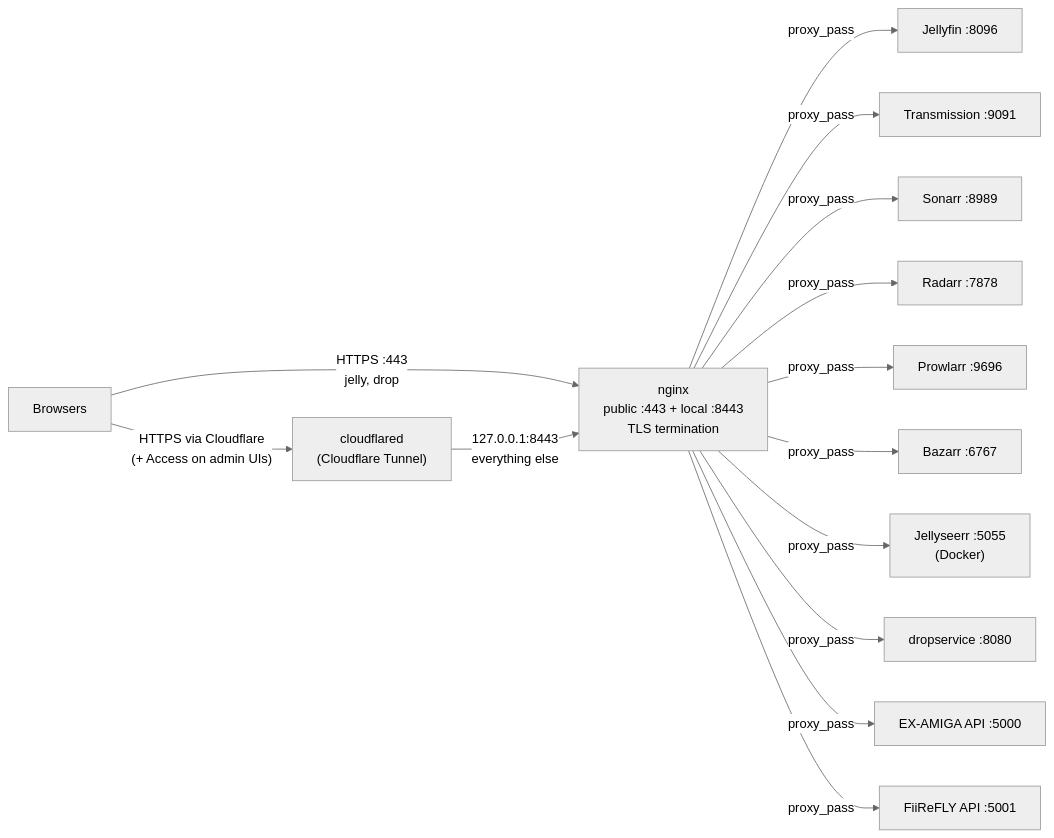
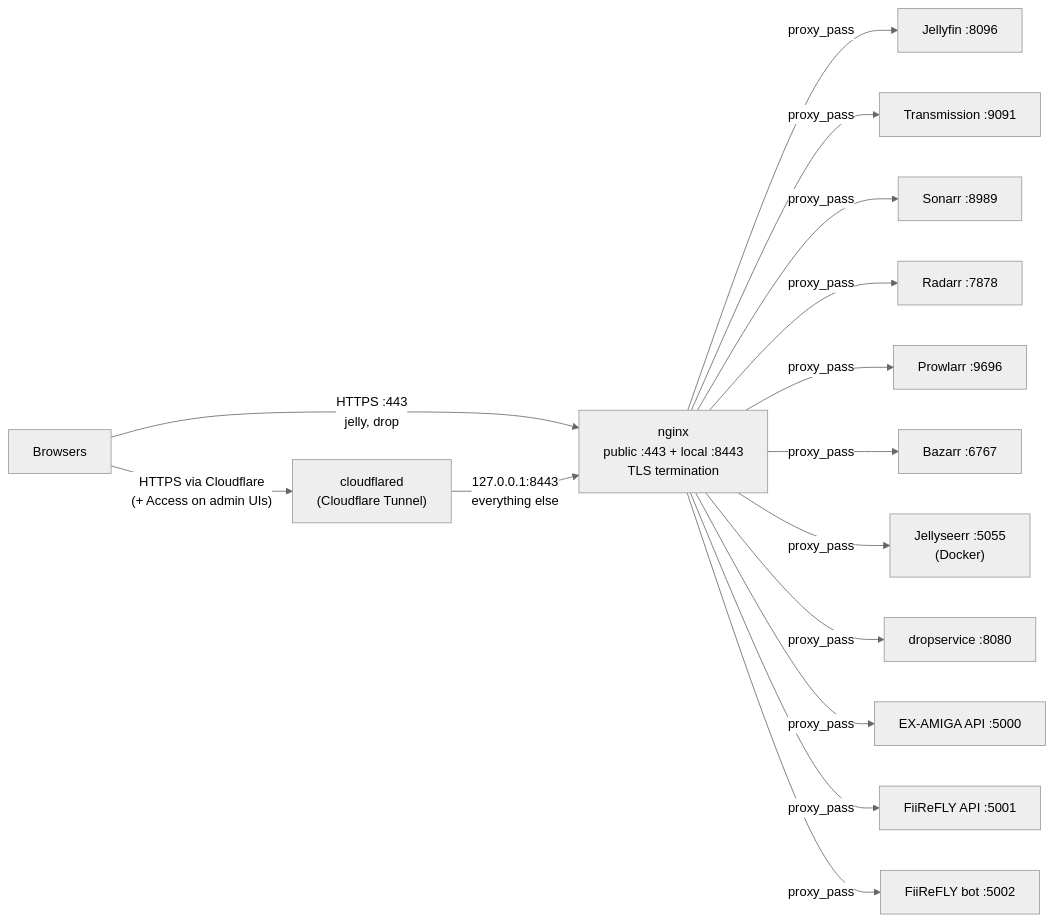
One commit to sillyash/homelab changed the diagram in services/nginx/README.md. Above: the diagram before and after it, drawn with Mermaid (neutral theme). The commit also changed other lines of this file and 10 other files, not shown here.

Commit message:
feat(fiirefly-bot): deploy the FiiReFLY Discord bot + leaderboard API at fiirefly-bot.sillyash.com

````diff
--- a/services/nginx/README.md
+++ b/services/nginx/README.md
@@ -45,31 +46,33 @@
 ```mermaid
 graph LR
     clients["Browsers"]
 
     cloudflared["cloudflared<br>(Cloudflare Tunnel)"]
     nginx["nginx<br>public :443 + local :8443<br>TLS termination"]
     jellyfin["Jellyfin :8096"]
     transmission["Transmission :9091"]
     sonarr["Sonarr :8989"]
     radarr["Radarr :7878"]
     prowlarr["Prowlarr :9696"]
     bazarr["Bazarr :6767"]
     jellyseerr["Jellyseerr :5055<br>(Docker)"]
     dropservice["dropservice :8080"]
     examiga["EX-AMIGA API :5000"]
     fiirefly["FiiReFLY API :5001"]
+    fiireflybot["FiiReFLY bot :5002"]
 
     clients -->|"HTTPS :443<br>jelly, drop"| nginx
     clients -->|"HTTPS via Cloudflare<br>(+ Access on admin UIs)"| cloudflared
     cloudflared -->|"127.0.0.1:8443<br>everything else"| nginx
     nginx -->|proxy_pass| jellyfin
     nginx -->|proxy_pass| transmission
     nginx -->|proxy_pass| sonarr
     nginx -->|proxy_pass| radarr
     nginx -->|proxy_pass| prowlarr
     nginx -->|proxy_pass| bazarr
     nginx -->|proxy_pass| jellyseerr
     nginx -->|proxy_pass| dropservice
     nginx -->|proxy_pass| examiga
     nginx -->|proxy_pass| fiirefly
+    nginx -->|proxy_pass| fiireflybot
 ```
````
